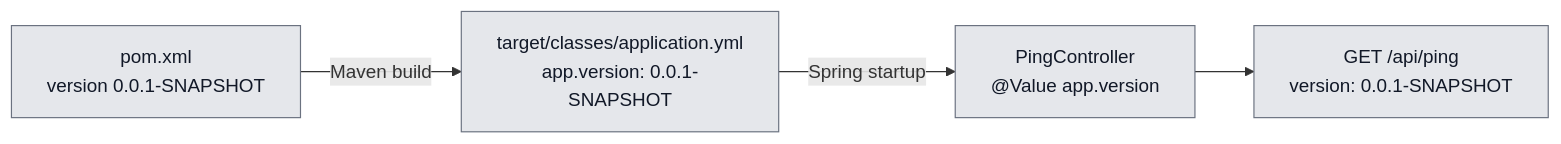
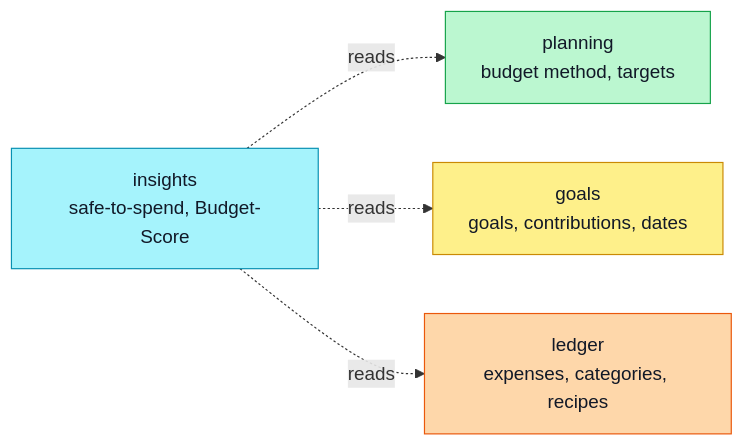
Before and after one commit to ilyas8888/moneymacros: the third of 10 diagrams in docs/learned-so-far.md, drawn with Mermaid. The commit also changed other lines of this file, not shown here.

First line of the commit message:
docs: expand the revision sheet with diagrams and self-checks

````diff
--- a/docs/learned-so-far.md
+++ b/docs/learned-so-far.md
@@ -86,11 +59,11 @@
 ```mermaid
 flowchart LR
-    pom["pom.xml<br/>version 0.0.1-SNAPSHOT"] -->|Maven build| yml["target/classes/application.yml<br/>app.version: 0.0.1-SNAPSHOT"]
-    yml -->|Spring startup| ctrl["PingController<br/>@Value app.version"]
-    ctrl --> json["GET /api/ping<br/>version: 0.0.1-SNAPSHOT"]
+    insights["insights<br/>safe-to-spend, Budget-Score"] -.->|reads| planning["planning<br/>budget method, targets"]
+    insights -.->|reads| goals["goals<br/>goals, contributions, dates"]
+    insights -.->|reads| ledger["ledger<br/>expenses, categories, recipes"]
 
-    style pom fill:#E5E7EB,stroke:#6B7280,color:#111827
-    style yml fill:#E5E7EB,stroke:#6B7280,color:#111827
-    style ctrl fill:#E5E7EB,stroke:#6B7280,color:#111827
-    style json fill:#E5E7EB,stroke:#6B7280,color:#111827
+    style insights fill:#A5F3FC,stroke:#0891B2,color:#111827
+    style planning fill:#BBF7D0,stroke:#16A34A,color:#111827
+    style goals fill:#FEF08A,stroke:#CA8A04,color:#111827
+    style ledger fill:#FED7AA,stroke:#EA580C,color:#111827
 ```
````
